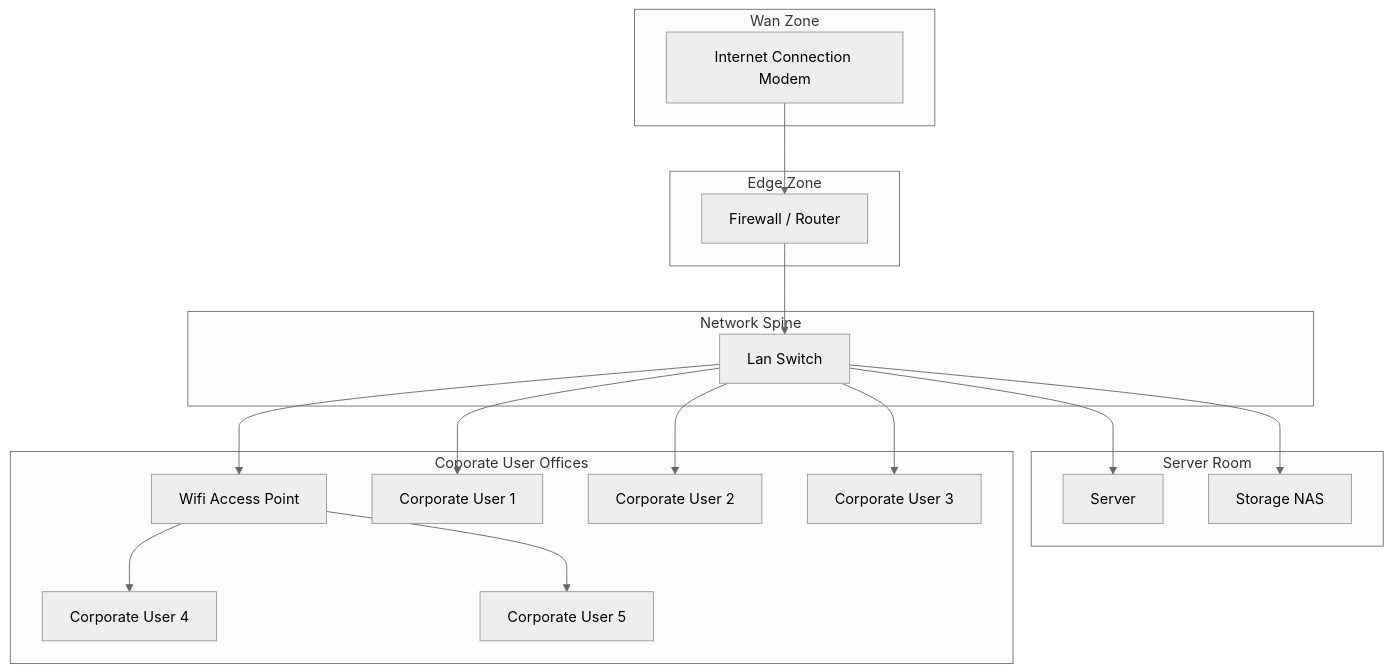
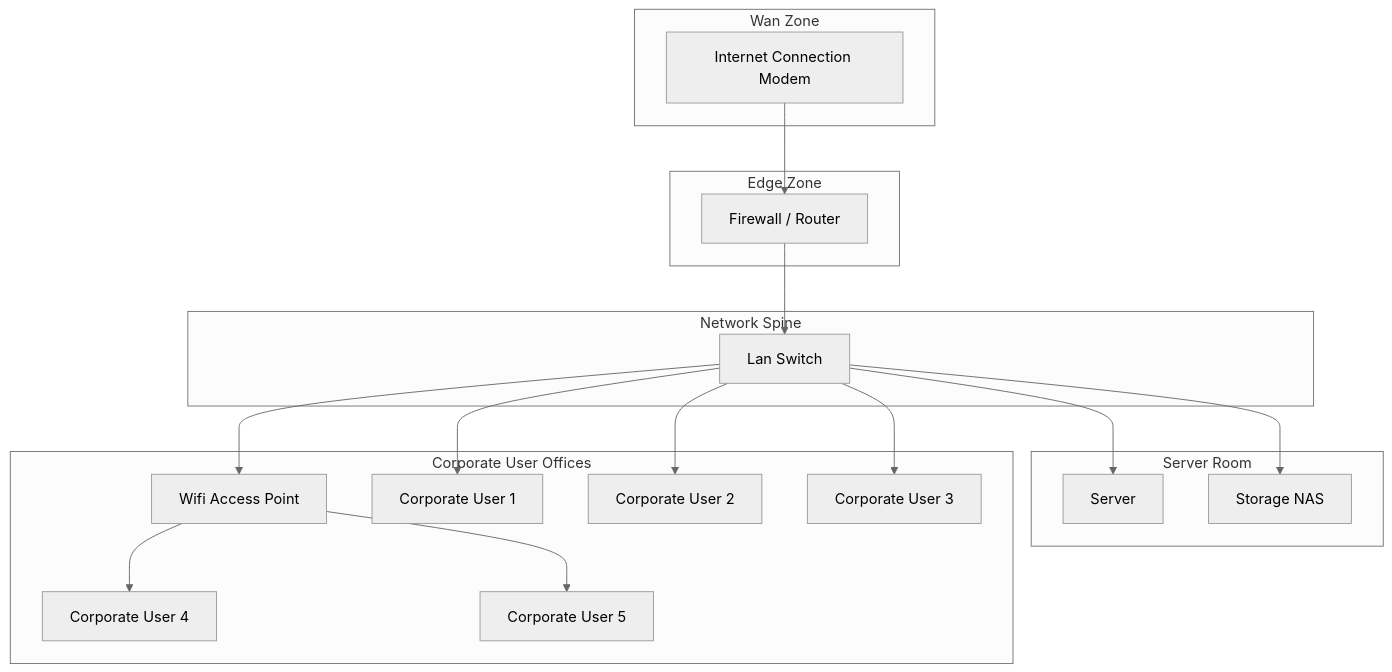
Before and after one commit to RootwireLtd/OpenDocs: the first of 2 diagrams in opendocs/docs/sysadmin-guides/greenfield-environment/physical-network-design.md, drawn with Mermaid (neutral theme). The commit also changed other lines of this file, not shown here.

````diff
--- a/opendocs/docs/sysadmin-guides/greenfield-environment/physical-network-design.md
+++ b/opendocs/docs/sysadmin-guides/greenfield-environment/physical-network-design.md
@@ -13,45 +13,45 @@
 ```mermaid
 
 graph TD
 
 subgraph WAN[Wan Zone]
     WAN1[Internet Connection Modem]
 end
 
 subgraph Edge[Edge Zone]
     Firewall[Firewall / Router]
 end
 
 WAN1 --> Firewall
 
 subgraph Spine[Network Spine]
     LanSwitch[Lan Switch]
 end
 
 subgraph ServerZone[Server Room]
     Server[Server]
     Storage[Storage NAS]
 end
 
-subgraph EUCZone[Coporate User Offices]
+subgraph EUCZone[Corporate User Offices]
     WiFiAP[Wifi Access Point]
     EUC1[Corporate User 1]
     EUC2[Corporate User 2]
     EUC3[Corporate User 3]
     EUC4[Corporate User 4]
     EUC5[Corporate User 5]
 end    
 
 LanSwitch --> Server
 LanSwitch --> Storage
 LanSwitch --> EUC1
 LanSwitch --> EUC2
 LanSwitch --> EUC3
 LanSwitch --> WiFiAP
 WiFiAP --> EUC4
 WiFiAP --> EUC5
 
 
 Firewall --> LanSwitch
 
 ```
````
